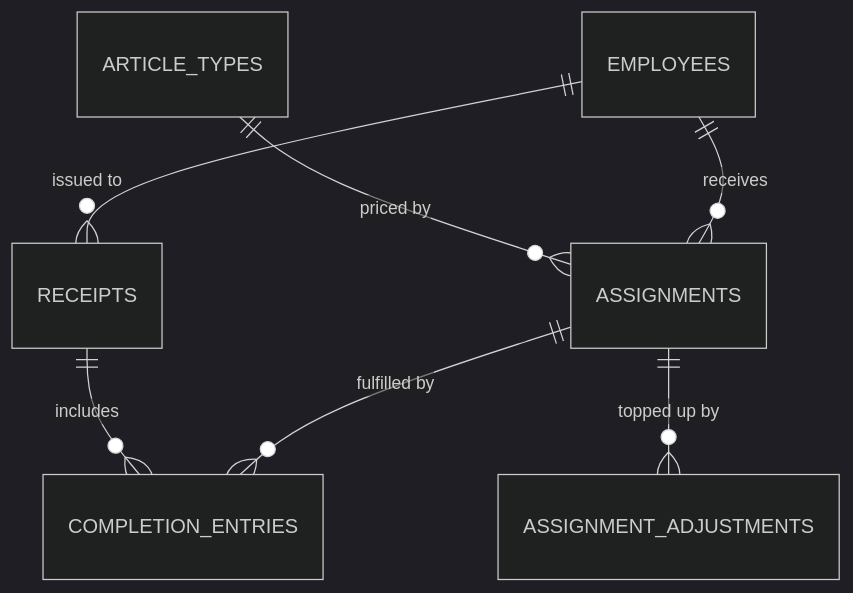
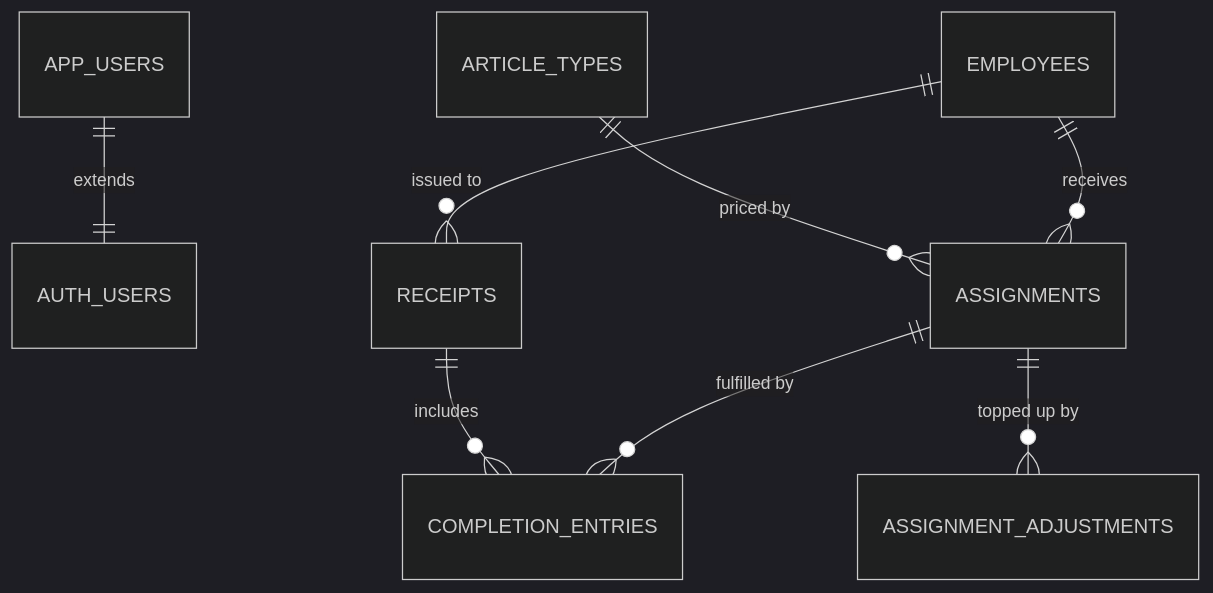
The first of 2 diagrams in PRD.md (zavial264/inventory-system), drawn with Mermaid (dark theme) before and after one commit. The commit also changed other lines of this file and 40 other files, not shown here.

````diff
--- a/PRD.md
+++ b/PRD.md
@@ -179,9 +243,10 @@
 ```mermaid
 erDiagram
+    APP_USERS ||--|| AUTH_USERS : "extends"
     EMPLOYEES ||--o{ ASSIGNMENTS : "receives"
     ARTICLE_TYPES ||--o{ ASSIGNMENTS : "priced by"
     ASSIGNMENTS ||--o{ COMPLETION_ENTRIES : "fulfilled by"
     ASSIGNMENTS ||--o{ ASSIGNMENT_ADJUSTMENTS : "topped up by"
     EMPLOYEES ||--o{ RECEIPTS : "issued to"
     RECEIPTS ||--o{ COMPLETION_ENTRIES : "includes"
 ```
````
